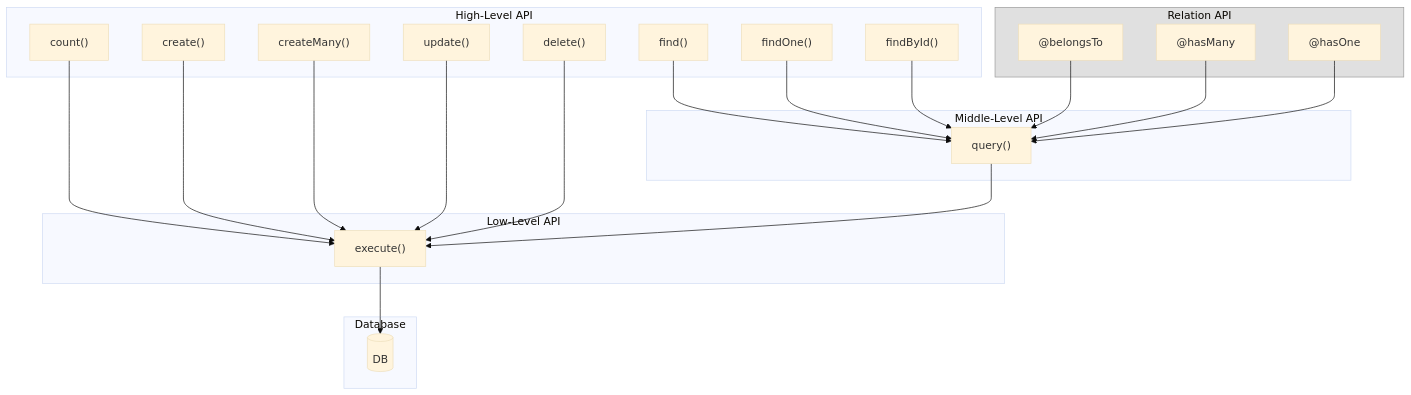
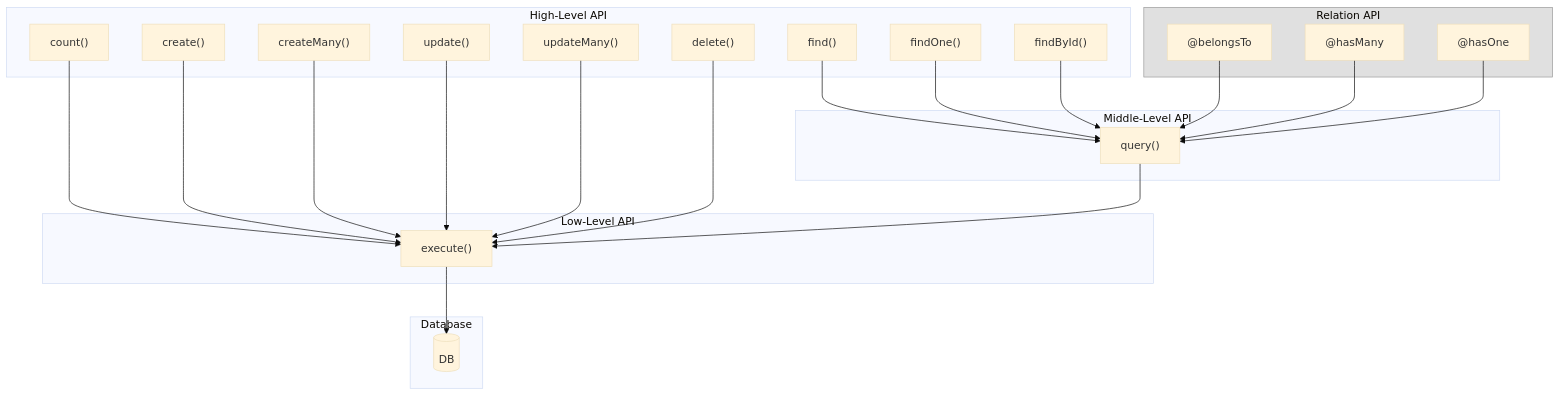
The diagram in README.md (foo-ogawa/litedbmodel.ts), drawn with Mermaid (base theme) before and after one commit. The commit also changed other lines of this file and 12 other files, not shown here.

````diff
--- a/README.md
+++ b/README.md
@@ -507,50 +751,52 @@
 ```mermaid
 flowchart TD
     subgraph "High-Level API"
         find["find()"]
         findOne["findOne()"]
         findById["findById()"]
         count["count()"]
         create["create()"]
         createMany["createMany()"]
         update["update()"]
+        updateMany["updateMany()"]
         delete["delete()"]
     end
     
     subgraph RelationAPI["Relation API"]
         belongsTo["@belongsTo"]
         hasMany["@hasMany"]
         hasOne["@hasOne"]
     end
     
     subgraph "Middle-Level API"
         query["query()"]
     end
     
     subgraph "Low-Level API"
         execute["execute()"]
     end
     
     subgraph "Database"
         DB[(DB)]
     end
     
     find --> query
     findOne --> query
     findById --> query
     
     belongsTo --> query
     hasMany --> query
     hasOne --> query
     
     count --> execute
     create --> execute
     createMany --> execute
     update --> execute
+    updateMany --> execute
     delete --> execute
     
     query --> execute
     execute --> DB
     
     style RelationAPI fill:#e0e0e0,stroke:#999
 ```
````
